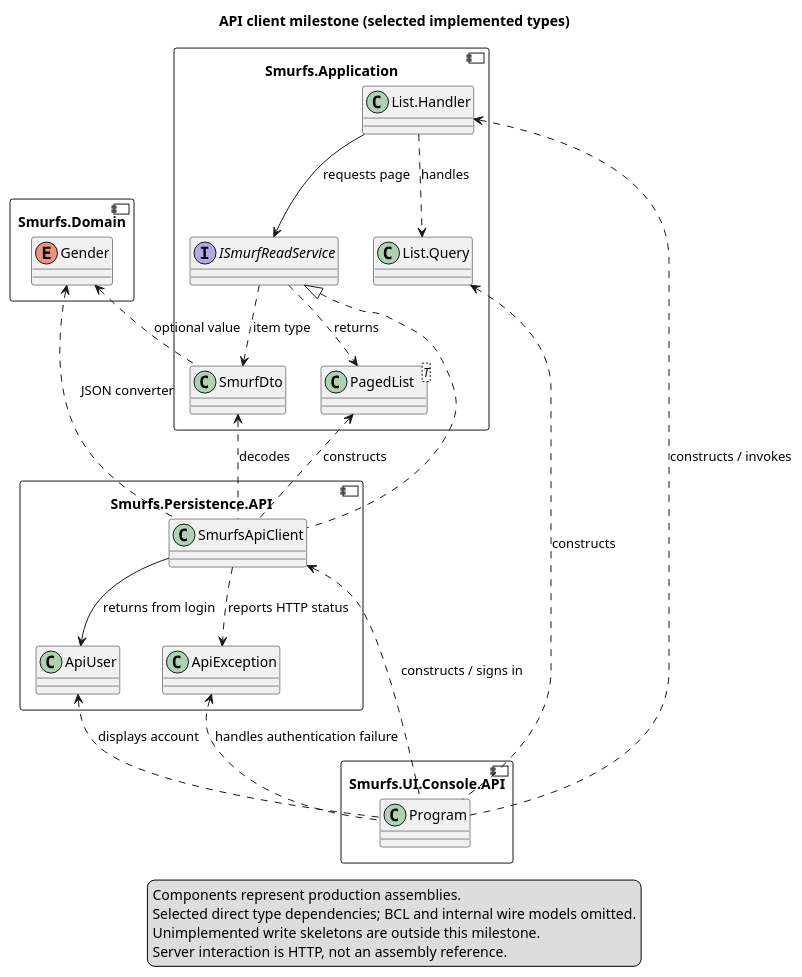
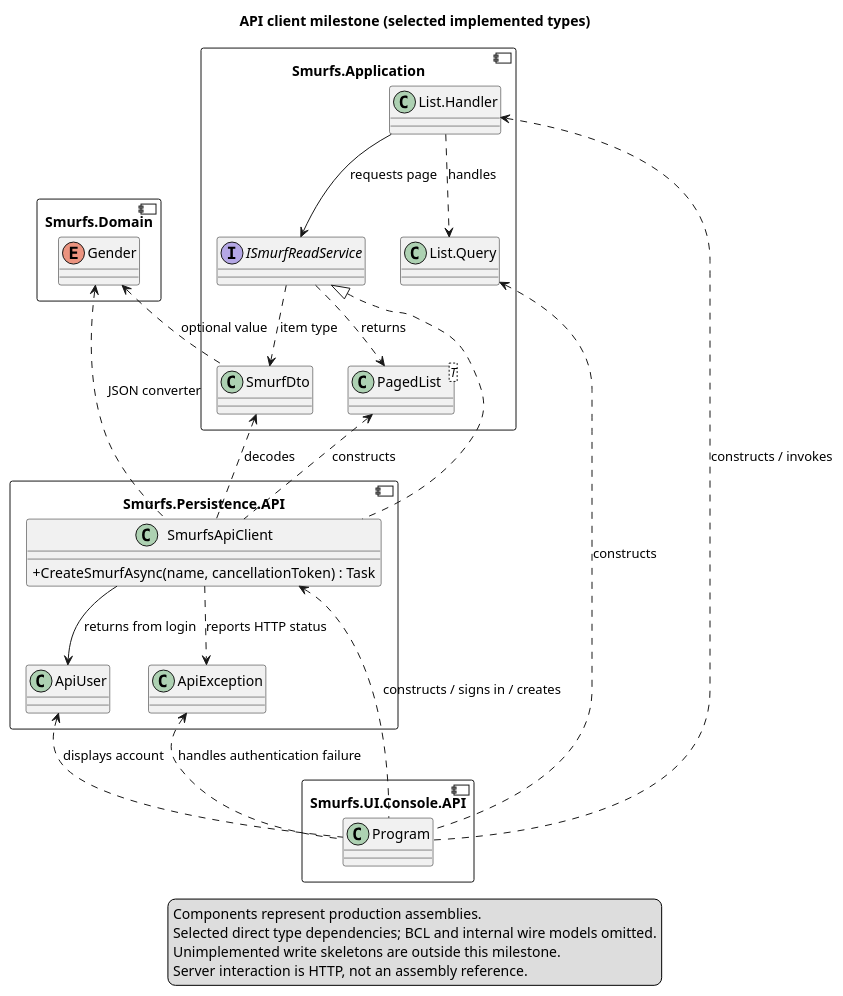
The diagram in docs/structural/diagrams/api-client.puml (EbbeMeloSorensen/Smurfs), drawn with PlantUML before and after one commit. The commit also changed 14 other files, not shown here.

Commit message:
Add name-only Smurf creation to the API console

```diff
--- a/docs/structural/diagrams/api-client.puml
+++ b/docs/structural/diagrams/api-client.puml
@@ -1,47 +1,49 @@
 @startuml
 allowmixing
 set namespaceSeparator none
 skinparam componentStyle uml2
 skinparam classAttributeIconSize 0
 title API client milestone (selected implemented types)
 component "Smurfs.Domain" as Domain {
   enum Gender
 }
 component "Smurfs.Application" as Application {
   interface ISmurfReadService
   class "List.Handler" as Handler
   class "List.Query" as Query
   class SmurfDto
   class "PagedList<T>" as Page
 }
 component "Smurfs.Persistence.API" as Adapter {
-  class SmurfsApiClient
+  class SmurfsApiClient {
+    +CreateSmurfAsync(name, cancellationToken) : Task
+  }
   class ApiUser
   class ApiException
 }
 component "Smurfs.UI.Console.API" as Console {
   class Program
 }
 SmurfsApiClient .up.|> ISmurfReadService
 SmurfsApiClient .up.> Gender : JSON converter
 SmurfsApiClient .up.> SmurfDto : decodes
 SmurfsApiClient .up.> Page : constructs
 SmurfsApiClient --> ApiUser : returns from login
 SmurfsApiClient ..> ApiException : reports HTTP status
 Handler --> ISmurfReadService : requests page
 Handler ..> Query : handles
 ISmurfReadService ..> SmurfDto : item type
 ISmurfReadService ..> Page : returns
 SmurfDto .up.> Gender : optional value
-Program .up.> SmurfsApiClient : constructs / signs in
+Program .up.> SmurfsApiClient : constructs / signs in / creates
 Program .up.> ApiUser : displays account
 Program .up.> ApiException : handles authentication failure
 Program .up.> Handler : constructs / invokes
 Program .up.> Query : constructs
 legend bottom
   Components represent production assemblies.
   Selected direct type dependencies; BCL and internal wire models omitted.
   Unimplemented write skeletons are outside this milestone.
   Server interaction is HTTP, not an assembly reference.
 endlegend
 @enduml
```
